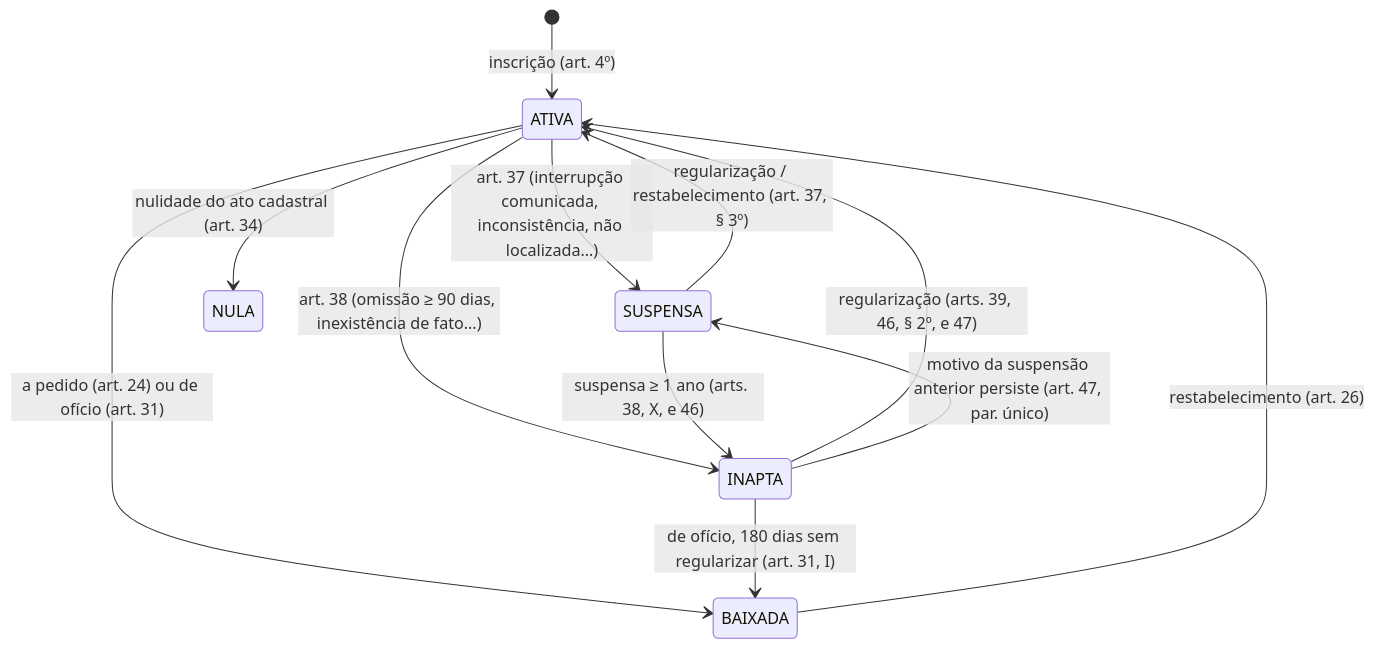
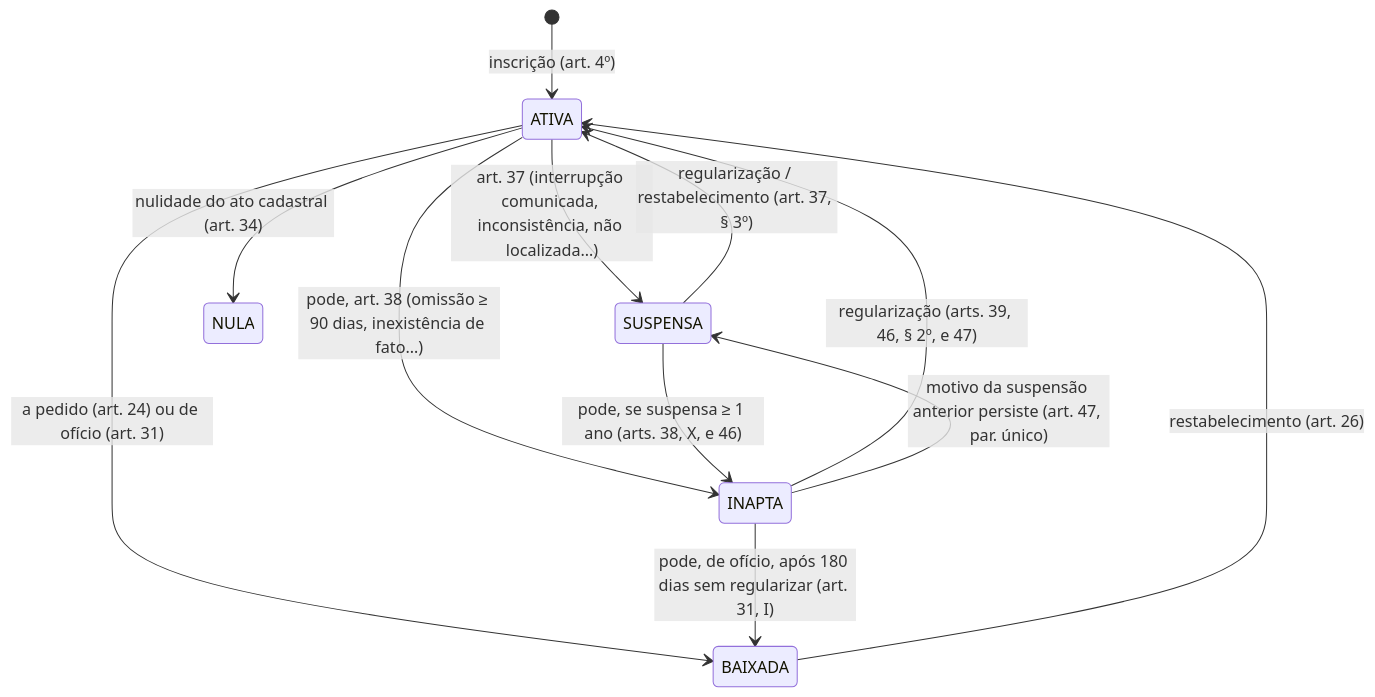
Before and after one commit to llrt/dbt-pipeline-rfb-v2: the first of 3 diagrams in docs/CAMADA_SEMANTICA.md, drawn with Mermaid. The commit also changed other lines of this file and 2 other files, not shown here.

````diff
--- a/docs/CAMADA_SEMANTICA.md
+++ b/docs/CAMADA_SEMANTICA.md
@@ -312,14 +336,14 @@
 ```mermaid
 stateDiagram-v2
     [*] --> ATIVA : inscrição (art. 4º)
     ATIVA --> SUSPENSA : art. 37 (interrupção comunicada, inconsistência, não localizada…)
     SUSPENSA --> ATIVA : regularização / restabelecimento (art. 37, § 3º)
-    ATIVA --> INAPTA : art. 38 (omissão ≥ 90 dias, inexistência de fato…)
-    SUSPENSA --> INAPTA : suspensa ≥ 1 ano (arts. 38, X, e 46)
+    ATIVA --> INAPTA : pode, art. 38 (omissão ≥ 90 dias, inexistência de fato…)
+    SUSPENSA --> INAPTA : pode, se suspensa ≥ 1 ano (arts. 38, X, e 46)
     INAPTA --> ATIVA : regularização (arts. 39, 46, § 2º, e 47)
     INAPTA --> SUSPENSA : motivo da suspensão anterior persiste (art. 47, par. único)
     ATIVA --> BAIXADA : a pedido (art. 24) ou de ofício (art. 31)
-    INAPTA --> BAIXADA : de ofício, 180 dias sem regularizar (art. 31, I)
+    INAPTA --> BAIXADA : pode, de ofício, após 180 dias sem regularizar (art. 31, I)
     BAIXADA --> ATIVA : restabelecimento (art. 26)
     ATIVA --> NULA : nulidade do ato cadastral (art. 34)
 ```
````
